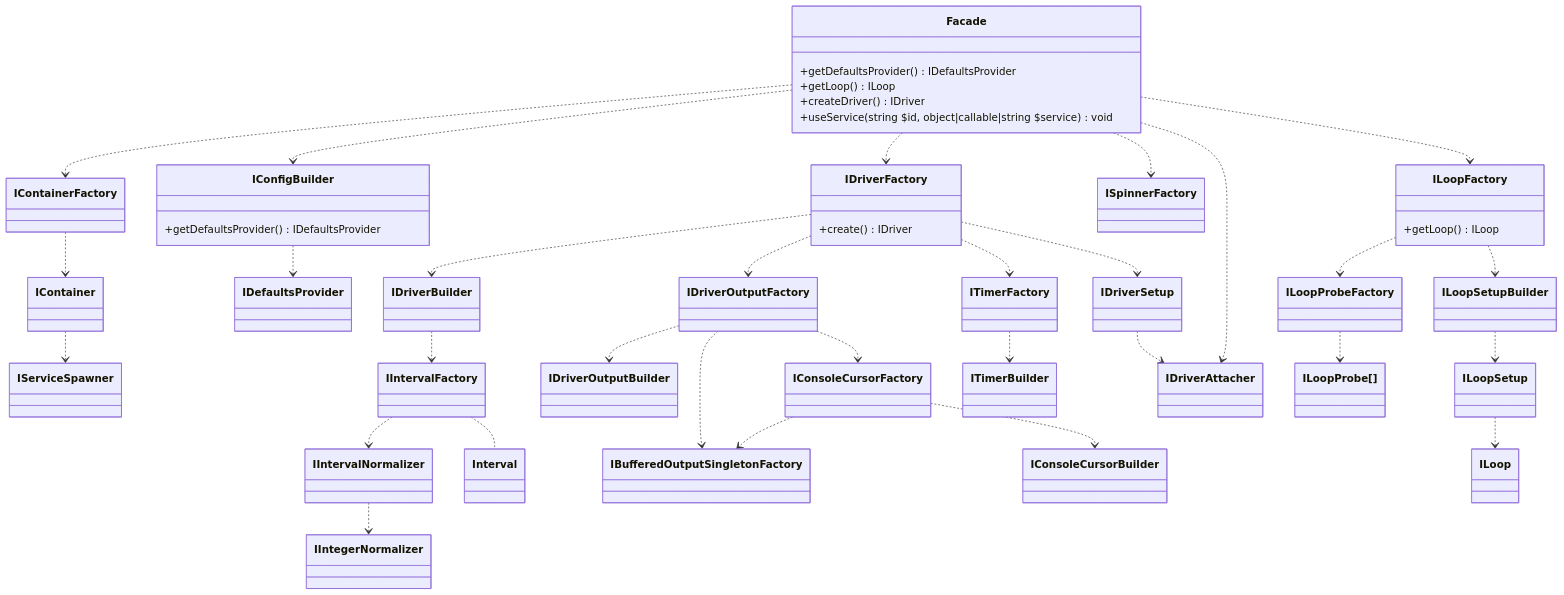
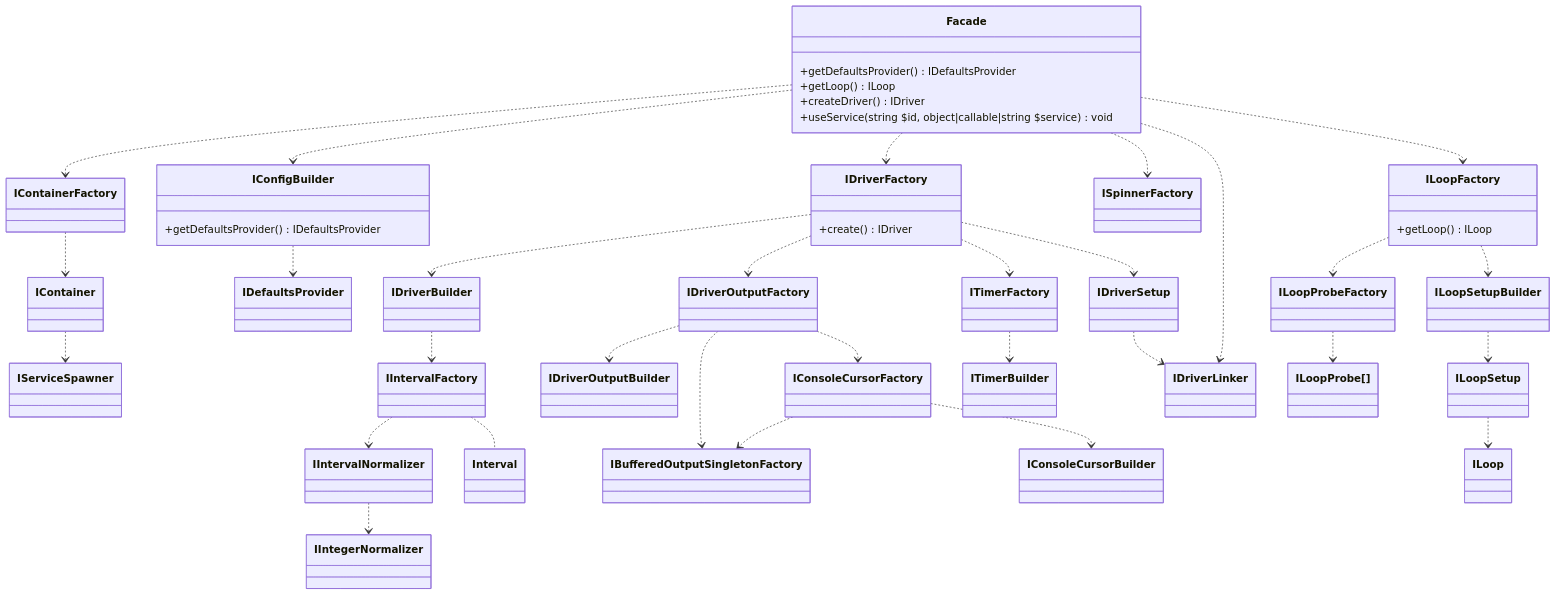
Before and after one commit to alecrabbit/php-console-spinner: the first of 3 diagrams in doc/info/chart/services.md, drawn with Mermaid. The commit also changed 23 other files, not shown here.

````diff
--- a/doc/info/chart/services.md
+++ b/doc/info/chart/services.md
@@ -3,68 +3,68 @@
 ```mermaid
 classDiagram
     direction TB
     Facade ..> IContainerFactory
     Facade ..> IConfigBuilder
     Facade ..> IDriverFactory
     Facade ..> ISpinnerFactory
-    Facade ..> IDriverAttacher
+    Facade ..> IDriverLinker
     Facade ..> ILoopFactory
    
 
     class Facade {
         +getDefaultsProvider() IDefaultsProvider
         +getLoop() ILoop
         +createDriver() IDriver
         +useService(string $id, object|callable|string $service) void
     }
     
     IContainerFactory ..> IContainer
     
     IContainer ..> IServiceSpawner
 
     IDriverFactory ..> IDriverBuilder
     IDriverFactory ..> IDriverOutputFactory
     IDriverFactory ..> ITimerFactory
     IDriverFactory ..> IDriverSetup
     
     class IDriverFactory {
         +create() IDriver
     }
     
     IDriverOutputFactory ..> IDriverOutputBuilder
     IDriverOutputFactory ..> IBufferedOutputSingletonFactory
     IDriverOutputFactory ..> IConsoleCursorFactory
     
     IDriverBuilder ..> IIntervalFactory
     
     IConsoleCursorFactory ..> IBufferedOutputSingletonFactory
     IConsoleCursorFactory ..> IConsoleCursorBuilder
     
     ITimerFactory ..> ITimerBuilder
     
-    IDriverSetup ..> IDriverAttacher
+    IDriverSetup ..> IDriverLinker
     
     ILoopSetup ..> ILoop
 
     IConfigBuilder ..> IDefaultsProvider
     
     class IConfigBuilder {
         +getDefaultsProvider() IDefaultsProvider
     }
     
     ILoopFactory ..> ILoopProbeFactory
     ILoopFactory ..> ILoopSetupBuilder
     
     ILoopProbeFactory ..> `ILoopProbe[]`
     
     ILoopSetupBuilder ..> ILoopSetup
 
     class ILoopFactory {
         +getLoop() ILoop
     }
 
     IIntervalFactory ..> IIntervalNormalizer
     IIntervalFactory .. Interval
 
     IIntervalNormalizer ..> IIntegerNormalizer
 ```
````
